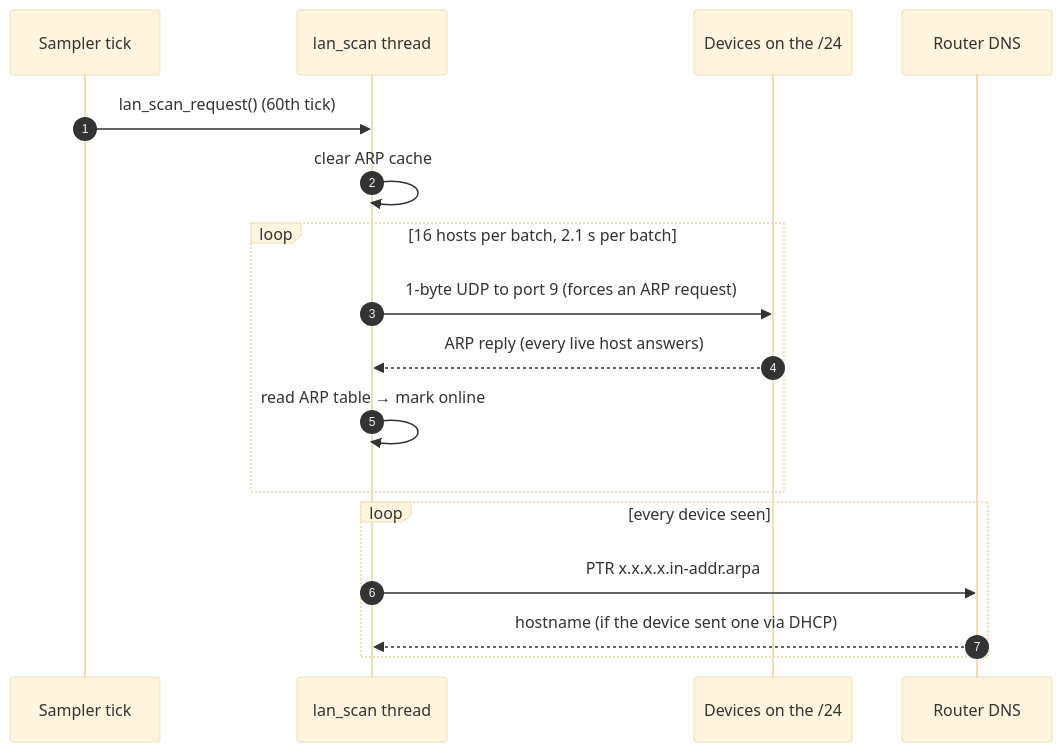
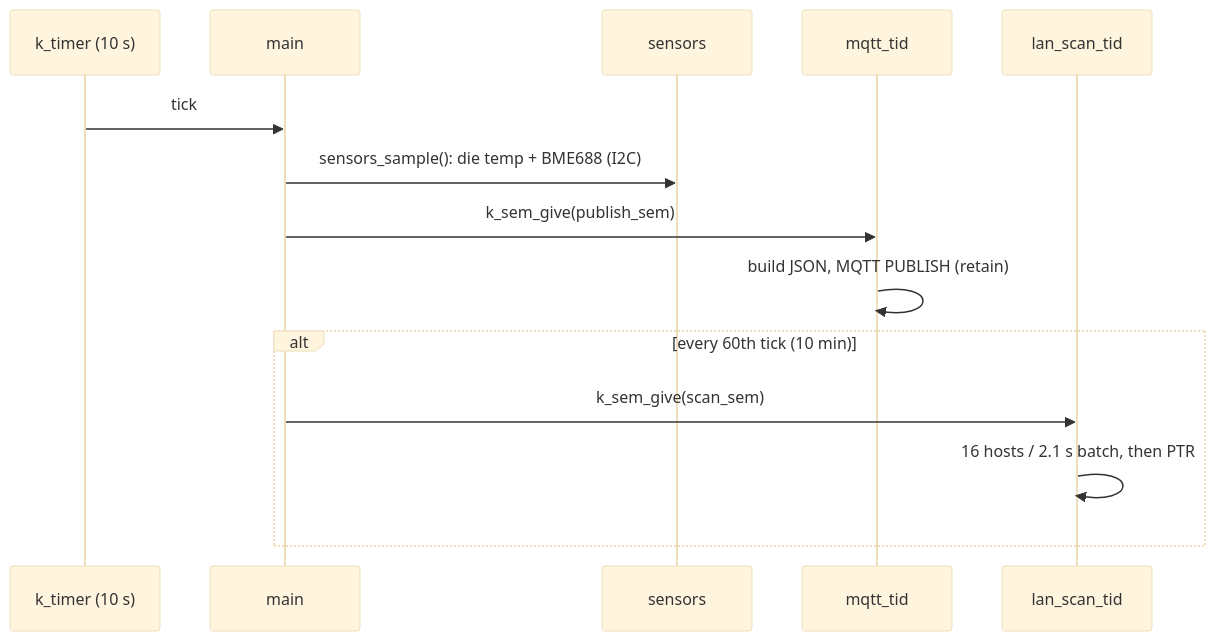
One commit to bbzorba/ESP32C6-Zephyr-IoT-Projects changed the third of 3 diagrams in applications/web_app/ARCHITECTURE.md. Above: the diagram before and after it, drawn with Mermaid (base theme). The commit also changed other lines of this file and 13 other files, not shown here.

````diff
--- a/applications/web_app/ARCHITECTURE.md
+++ b/applications/web_app/ARCHITECTURE.md
@@ -135,20 +100,16 @@
 ```mermaid
 sequenceDiagram
-    autonumber
-    participant S as Sampler tick
-    participant L as lan_scan thread
-    participant D as Devices on the /24
-    participant R as Router DNS
-
-    S->>L: lan_scan_request() (60th tick)
-    L->>L: clear ARP cache
-    loop 16 hosts per batch, 2.1 s per batch
-        L->>D: 1-byte UDP to port 9 (forces an ARP request)
-        D-->>L: ARP reply (every live host answers)
-        L->>L: read ARP table → mark online
-    end
-    loop every device seen
-        L->>R: PTR x.x.x.x.in-addr.arpa
-        R-->>L: hostname (if the device sent one via DHCP)
+    participant T as k_timer (10 s)
+    participant M as main
+    participant S as sensors
+    participant Q as mqtt_tid
+    participant L as lan_scan_tid
+    T->>M: tick
+    M->>S: sensors_sample(): die temp + BME688 (I2C)
+    M->>Q: k_sem_give(publish_sem)
+    Q->>Q: build JSON, MQTT PUBLISH (retain)
+    alt every 60th tick (10 min)
+        M->>L: k_sem_give(scan_sem)
+        L->>L: 16 hosts / 2.1 s batch, then PTR
     end
 ```
````
